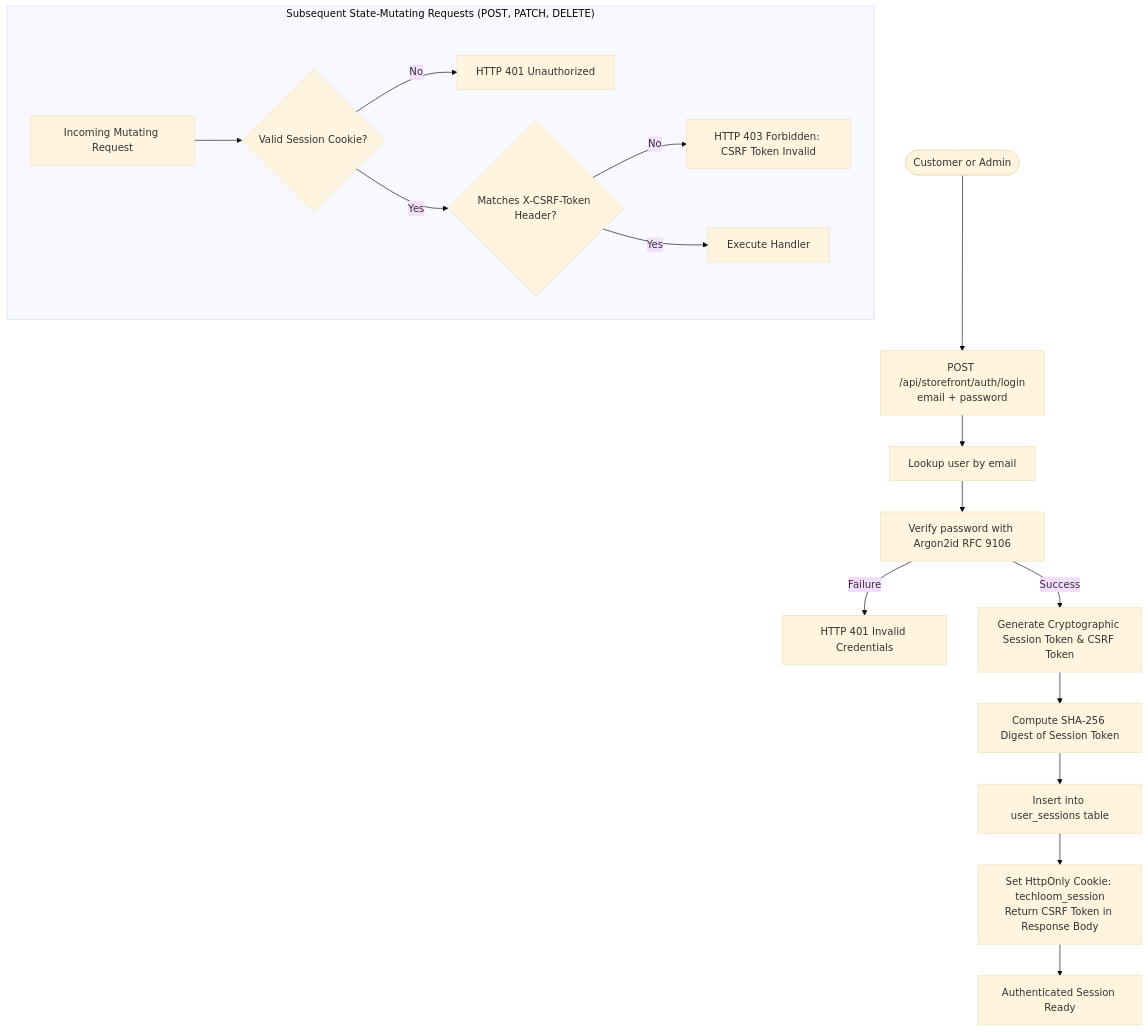
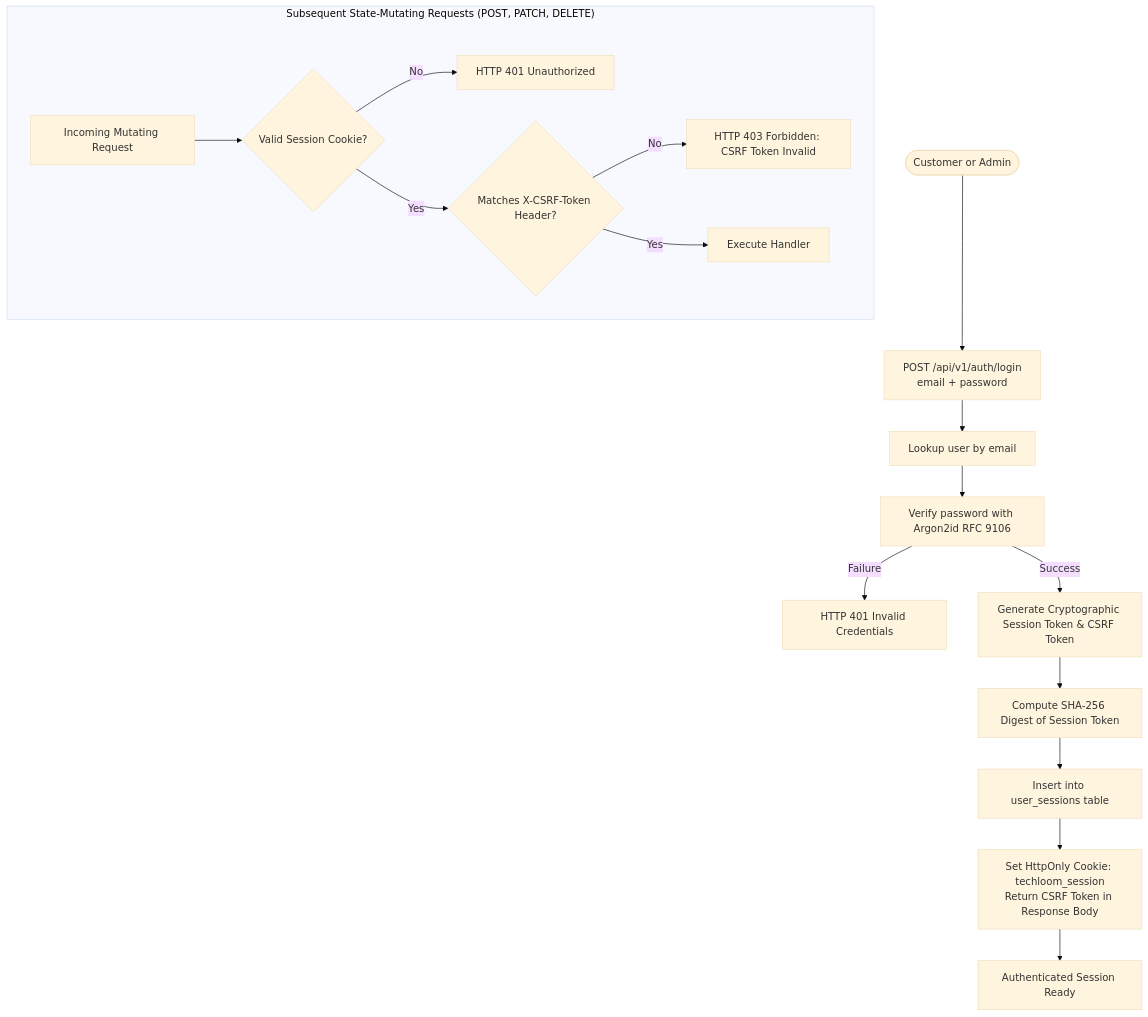
One commit to arudkumaran19/pos-ecommerce-systems changed diagram 14 of 22 in README.md. Above: the diagram before and after it, drawn with Mermaid (base theme). The commit also changed other lines of this file, not shown here.

````diff
--- a/README.md
+++ b/README.md
@@ -775,20 +805,20 @@
 ```mermaid
 flowchart TD
-    User([Customer or Admin]) --> LoginReq[POST /api/storefront/auth/login<br/>email + password]
+    User([Customer or Admin]) --> LoginReq[POST /api/v1/auth/login<br/>email + password]
     LoginReq --> FetchUser[Lookup user by email]
     FetchUser --> VerifyArgon[Verify password with Argon2id RFC 9106]
     VerifyArgon -- Failure --> Reject401[HTTP 401 Invalid Credentials]
     VerifyArgon -- Success --> GenerateTokens[Generate Cryptographic Session Token & CSRF Token]
     GenerateTokens --> HashToken[Compute SHA-256 Digest of Session Token]
     HashToken --> StoreSession[Insert into user_sessions table]
     StoreSession --> SetCookies[Set HttpOnly Cookie: techloom_session<br/>Return CSRF Token in Response Body]
     SetCookies --> AuthenticatedState[Authenticated Session Ready]
     
     subgraph MutatingRequests ["Subsequent State-Mutating Requests (POST, PATCH, DELETE)"]
         Req[Incoming Mutating Request] --> CheckCookie{Valid Session Cookie?}
         CheckCookie -- No --> Err401[HTTP 401 Unauthorized]
         CheckCookie -- Yes --> CheckCSRF{Matches X-CSRF-Token Header?}
         CheckCSRF -- No --> Err403[HTTP 403 Forbidden: CSRF Token Invalid]
         CheckCSRF -- Yes --> Allow[Execute Handler]
     end
 ```
````
